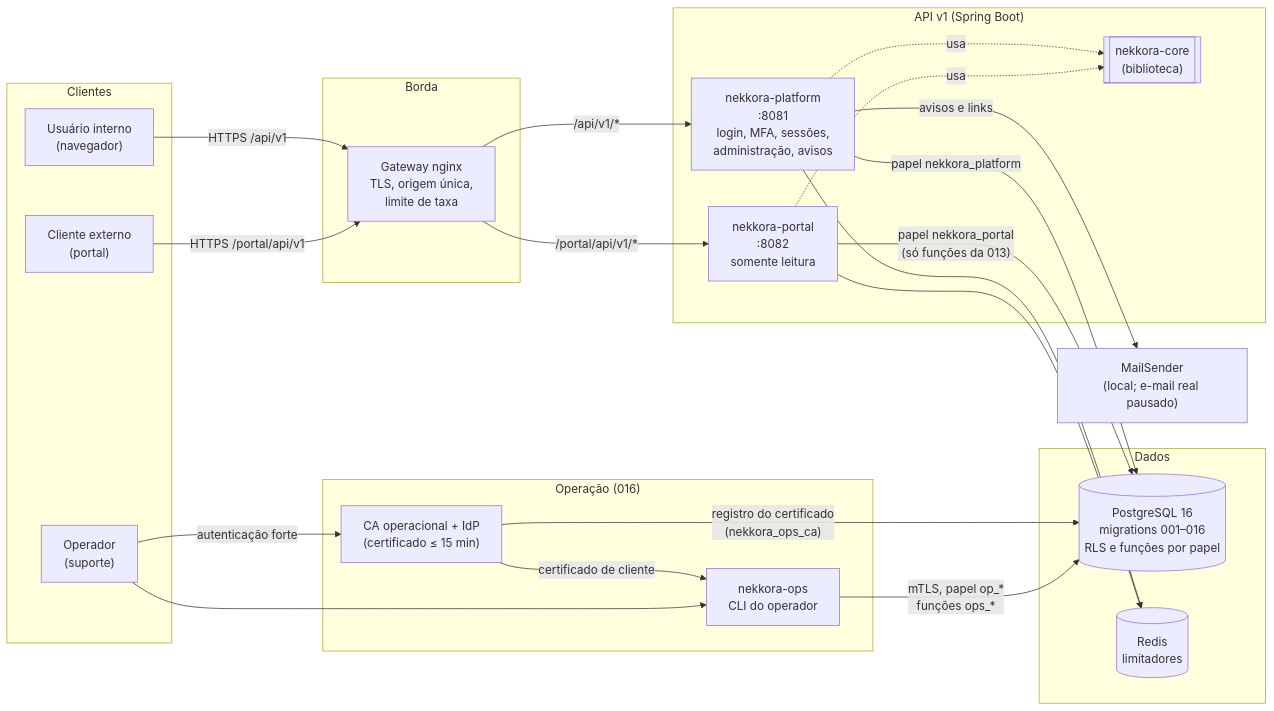
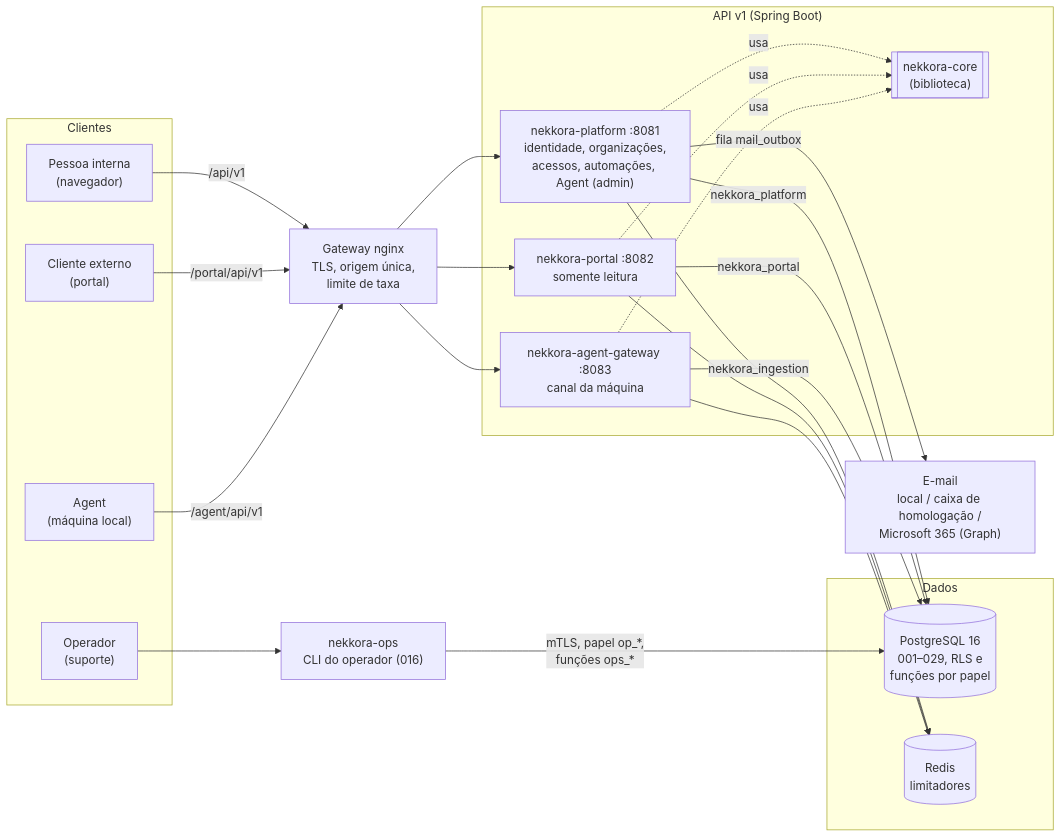
One commit to Nekkora-Operation/Nekkora-Platform-API changed the diagram in README.md. Above: the diagram before and after it, drawn with Mermaid. The commit also changed other lines of this file and 2537 other files, not shown here.

````diff
--- a/README.md
+++ b/README.md
@@ -30,47 +37,46 @@
 ```mermaid
 flowchart LR
     subgraph Clientes
-        U["Usuário interno<br/>(navegador)"]
+        U["Pessoa interna<br/>(navegador)"]
         X["Cliente externo<br/>(portal)"]
+        A["Agent<br/>(máquina local)"]
         O["Operador<br/>(suporte)"]
     end
 
-    subgraph Borda
-        G["Gateway nginx<br/>TLS, origem única,<br/>limite de taxa"]
-    end
+    G["Gateway nginx<br/>TLS, origem única,<br/>limite de taxa"]
 
     subgraph API["API v1 (Spring Boot)"]
-        P["nekkora-platform<br/>:8081<br/>login, MFA, sessões,<br/>administração, avisos"]
-        PO["nekkora-portal<br/>:8082<br/>somente leitura"]
+        P["nekkora-platform :8081<br/>identidade, organizações,<br/>acessos, automações, Agent (admin)"]
+        PO["nekkora-portal :8082<br/>somente leitura"]
+        AG["nekkora-agent-gateway :8083<br/>canal da máquina"]
         C[["nekkora-core<br/>(biblioteca)"]]
     end
 
-    subgraph Operacao["Operação (016)"]
-        CLI["nekkora-ops<br/>CLI do operador"]
-        CA["CA operacional + IdP<br/>(certificado ≤ 15 min)"]
-    end
+    CLI["nekkora-ops<br/>CLI do operador (016)"]
 
     subgraph Dados
-        PG[("PostgreSQL 16<br/>migrations 001–016<br/>RLS e funções por papel")]
+        PG[("PostgreSQL 16<br/>001–029, RLS e<br/>funções por papel")]
         R[("Redis<br/>limitadores")]
     end
 
-    M["MailSender<br/>(local; e-mail real pausado)"]
+    M["E-mail<br/>local / caixa de homologação /<br/>Microsoft 365 (Graph)"]
 
-    U -- "HTTPS /api/v1" --> G
-    X -- "HTTPS /portal/api/v1" --> G
-    G -- "/api/v1/*" --> P
-    G -- "/portal/api/v1/*" --> PO
+    U -- "/api/v1" --> G
+    X -- "/portal/api/v1" --> G
+    A -- "/agent/api/v1" --> G
+    G --> P
+    G --> PO
+    G --> AG
     P -. usa .-> C
     PO -. usa .-> C
-    P -- "papel nekkora_platform" --> PG
-    PO -- "papel nekkora_portal<br/>(só funções da 013)" --> PG
+    AG -. usa .-> C
+    P -- "nekkora_platform" --> PG
+    PO -- "nekkora_portal" --> PG
+    AG -- "nekkora_ingestion" --> PG
     P --> R
     PO --> R
-    P -- "avisos e links" --> M
-    O -- "autenticação forte" --> CA
-    CA -- "certificado de cliente" --> CLI
-    CA -- "registro do certificado<br/>(nekkora_ops_ca)" --> PG
+    AG --> R
+    P -- "fila mail_outbox" --> M
     O --> CLI
-    CLI -- "mTLS, papel op_*<br/>funções ops_*" --> PG
+    CLI -- "mTLS, papel op_*,<br/>funções ops_*" --> PG
 ```
````
